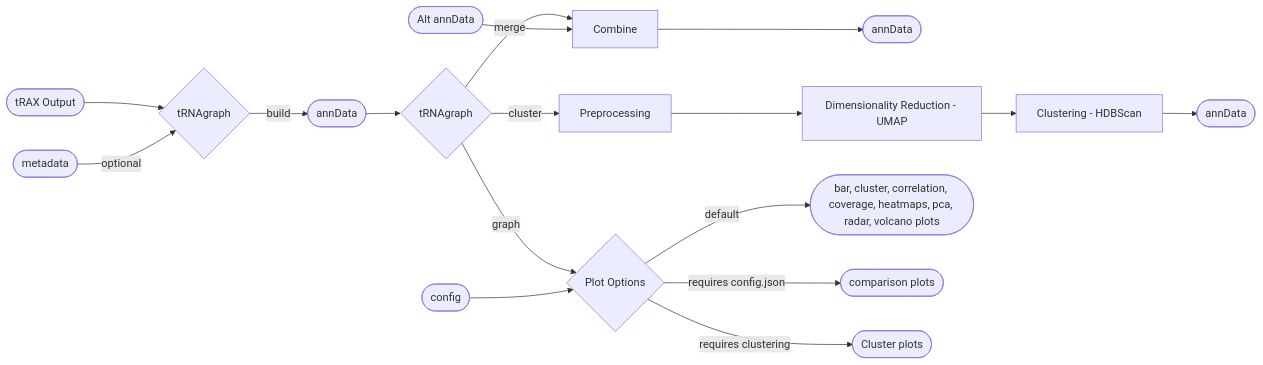
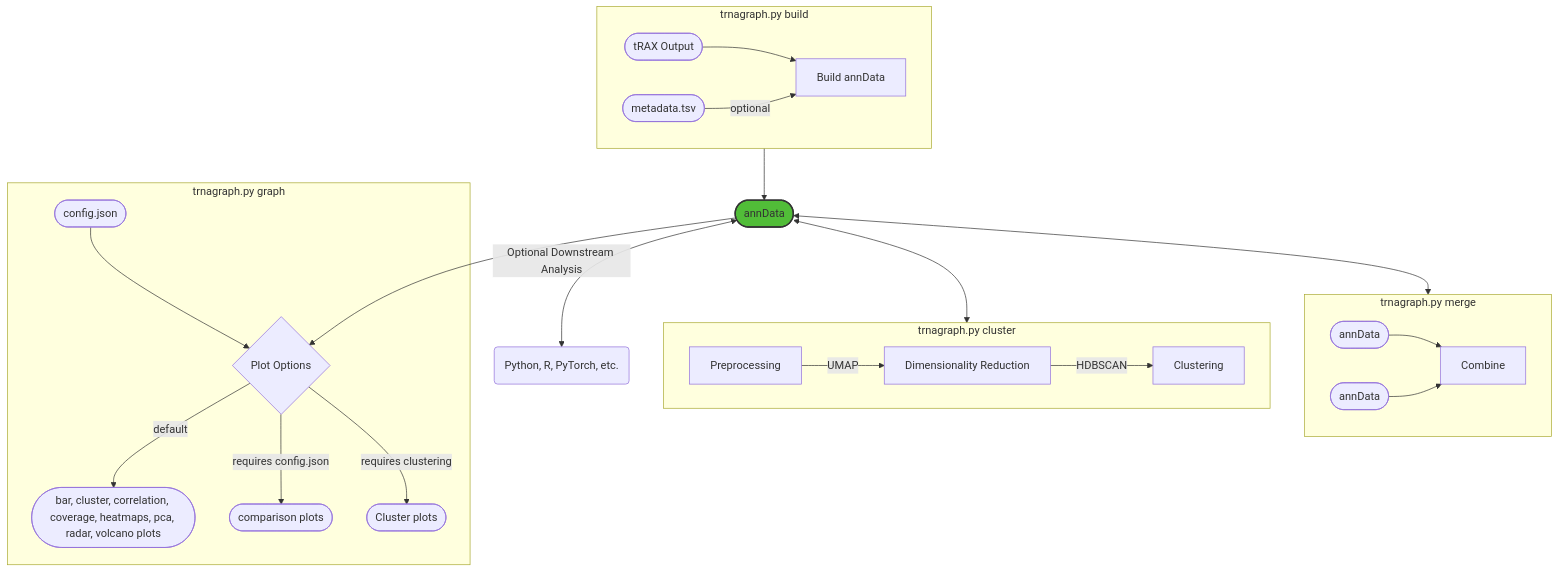
The diagram in README.md (alba1735/tRNAgraph), drawn with Mermaid before and after one commit. The commit also changed other lines of this file, not shown here.

Commit message:
README update

````diff
--- a/README.md
+++ b/README.md
@@ -13,13 +13,26 @@
 ```mermaid
-    flowchart LR
-        I1([tRAX Output]) --> B{tRNAgraph} -->|build| I2([annData])
-        M([metadata]) -->|optional| B
-        I2([annData]) --> T{tRNAgraph} -->|merge| C[Combine] --> IM([annData])
-        I3([Alt annData]) --> C
-        T -->|cluster| C1[Preprocessing] --> C2[Dimensionality Reduction - UMAP] --> C3[Clustering - HDBScan] --> C4([annData])
-        T -->|graph| G{Plot Options}
+    flowchart TD
+      subgraph sg1 [trnagraph.py build]
+        I1([tRAX Output]) --> B[Build annData]
+        M([metadata.tsv]) -->|optional| B
+      end
+      sg1 --> I2([annData])
+      I2 <-->|Optional Downstream Analysis| R(Python, R, PyTorch, etc.)
+      I2 <--> sg3
+      subgraph sg3 [trnagraph.py cluster]
+        C1[Preprocessing] -->|UMAP| C2[Dimensionality Reduction] -->|HDBSCAN| C3[Clustering] 
+      end
+      I2 <--> sg4
+      subgraph sg4 [trnagraph.py merge]
+        I3([annData]) --> C[Combine]
+        I4([annData]) --> C
+      end
+      I2 --> G{Plot Options}
+      subgraph sg2 [trnagraph.py graph]
         G -->|default| G1([bar, cluster, correlation, coverage, heatmaps, pca, radar, volcano plots])
         G -->|requires config.json| G2([comparison plots])
         G -->|requires clustering| G3([Cluster plots])
-        J([config]) --> G 
+        J([config.json]) --> G 
+      end
+      style I2 fill:#51BD38,stroke:#333,stroke-width:2px
 ```
````
